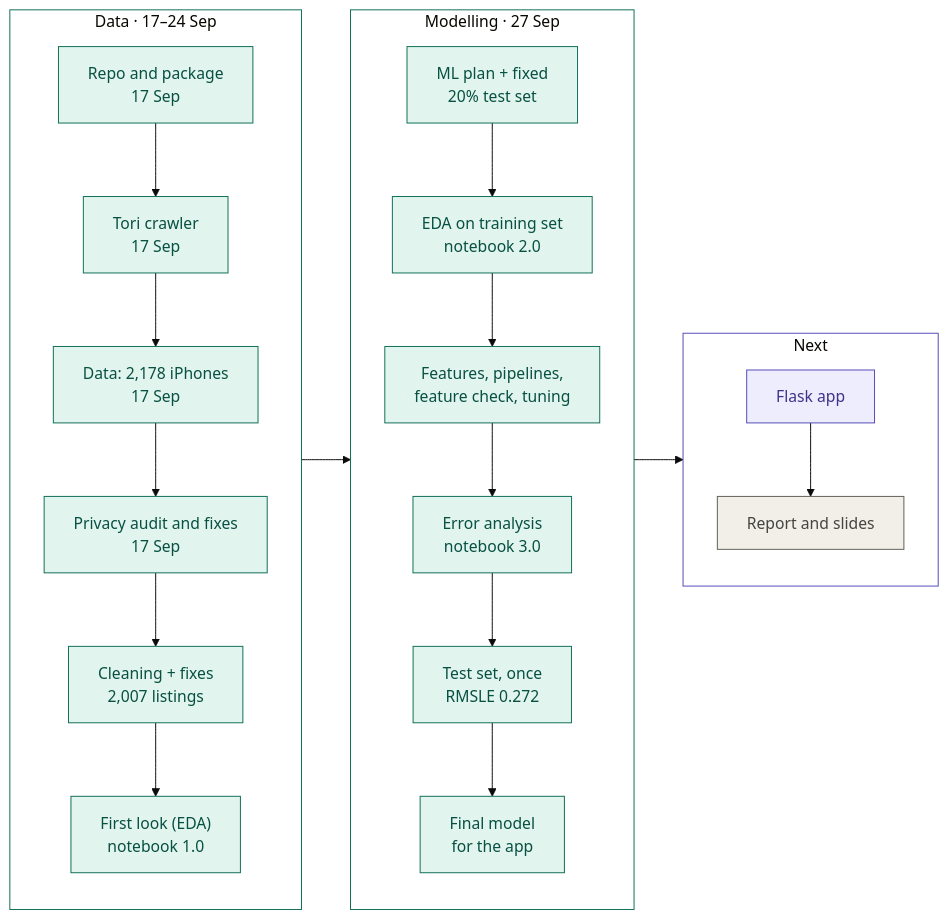
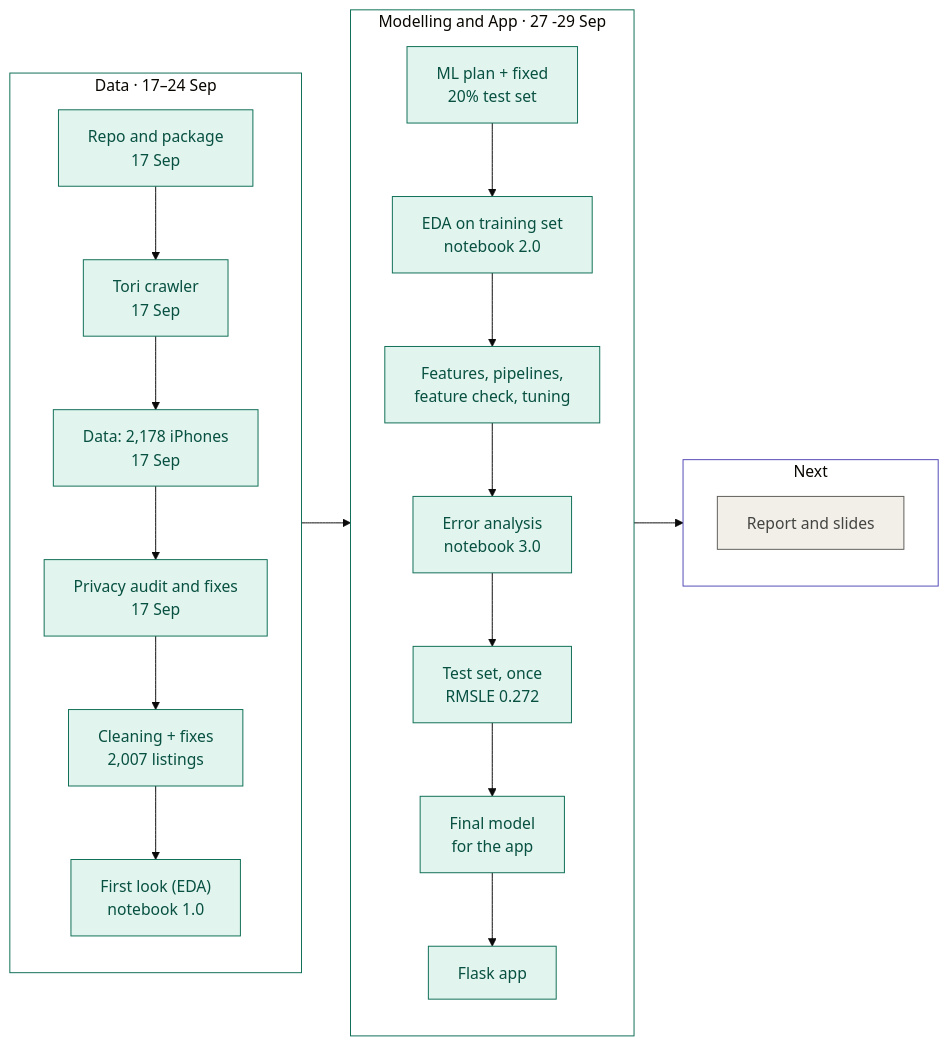
The first of 2 diagrams in README.md (HashirSalam/priced-right), drawn with Mermaid (base theme) before and after one commit. The commit also changed other lines of this file, not shown here.

Commit message:
Mark Flask app complete in roadmap (#14)

````diff
--- a/README.md
+++ b/README.md
@@ -34,26 +34,26 @@
 ```mermaid
 flowchart LR
     subgraph data["Data · 17–24 Sep"]
         direction TB
         a["Repo and package<br/>17 Sep"] --> b["Tori crawler<br/>17 Sep"] --> c["Data: 2,178 iPhones<br/>17 Sep"] --> d["Privacy audit and fixes<br/>17 Sep"] --> e["Cleaning + fixes<br/>2,007 listings"] --> f["First look (EDA)<br/>notebook 1.0"]
     end
-    subgraph ml["Modelling · 27 Sep"]
+    subgraph ml["Modelling and App · 27 -29 Sep"]
         direction TB
-        g["ML plan + fixed<br/>20% test set"] --> h["EDA on training set<br/>notebook 2.0"] --> i["Features, pipelines,<br/>feature check, tuning"] --> j["Error analysis<br/>notebook 3.0"] --> k["Test set, once<br/>RMSLE 0.272"] --> l["Final model<br/>for the app"]
+        g["ML plan + fixed<br/>20% test set"] --> h["EDA on training set<br/>notebook 2.0"] --> i["Features, pipelines,<br/>feature check, tuning"] --> j["Error analysis<br/>notebook 3.0"] --> k["Test set, once<br/>RMSLE 0.272"] --> l["Final model<br/>for the app"] --> m["Flask app"]
     end
     subgraph next["Next"]
         direction TB
-        m["Flask app"] --> n["Report and slides"]
+        n["Report and slides"]
     end
     data --> ml --> next
 
     classDef done fill:#E1F5EE,stroke:#0F6E56,color:#085041
     classDef now fill:#EEEDFE,stroke:#534AB7,color:#3C3489
     classDef upcoming fill:#F1EFE8,stroke:#5F5E5A,color:#444441
     class a,b,c,d,e,f,g,h,i,j,k,l done
-    class m now
+    class m done
     class n upcoming
     style data fill:none,stroke:#0F6E56
     style ml fill:none,stroke:#0F6E56
     style next fill:none,stroke:#534AB7
 ```
````
